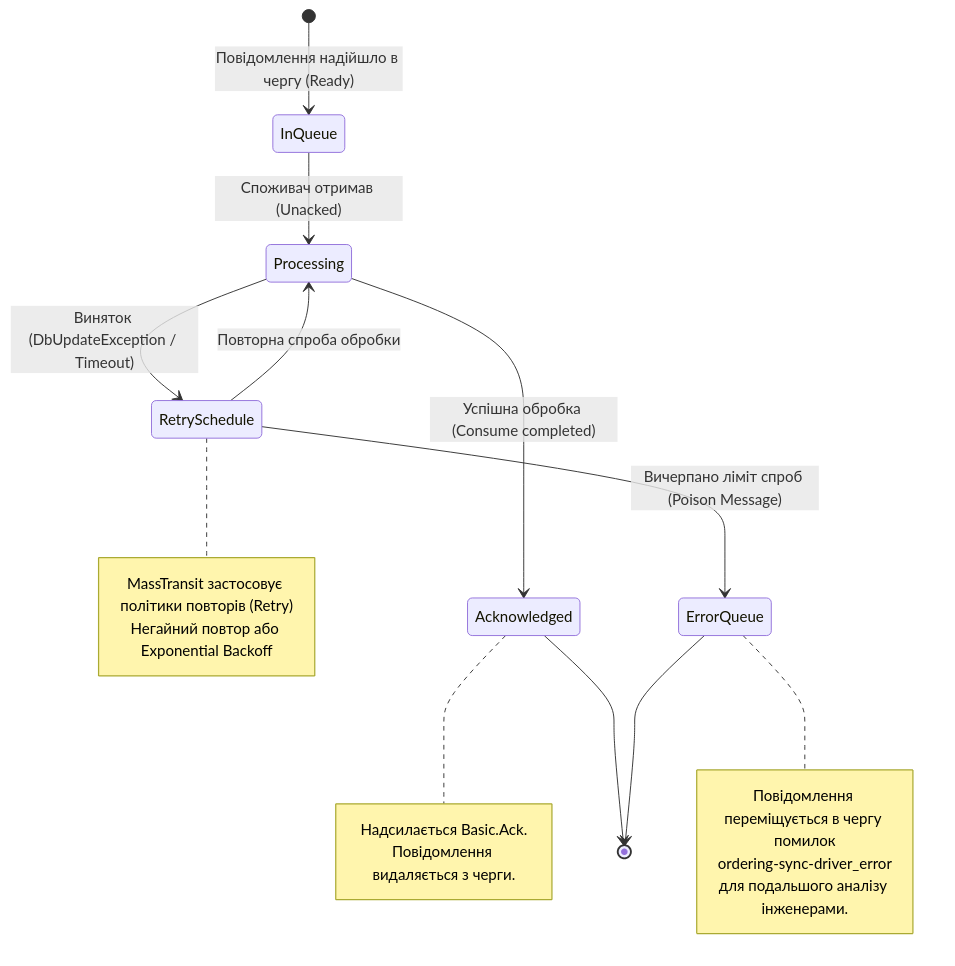
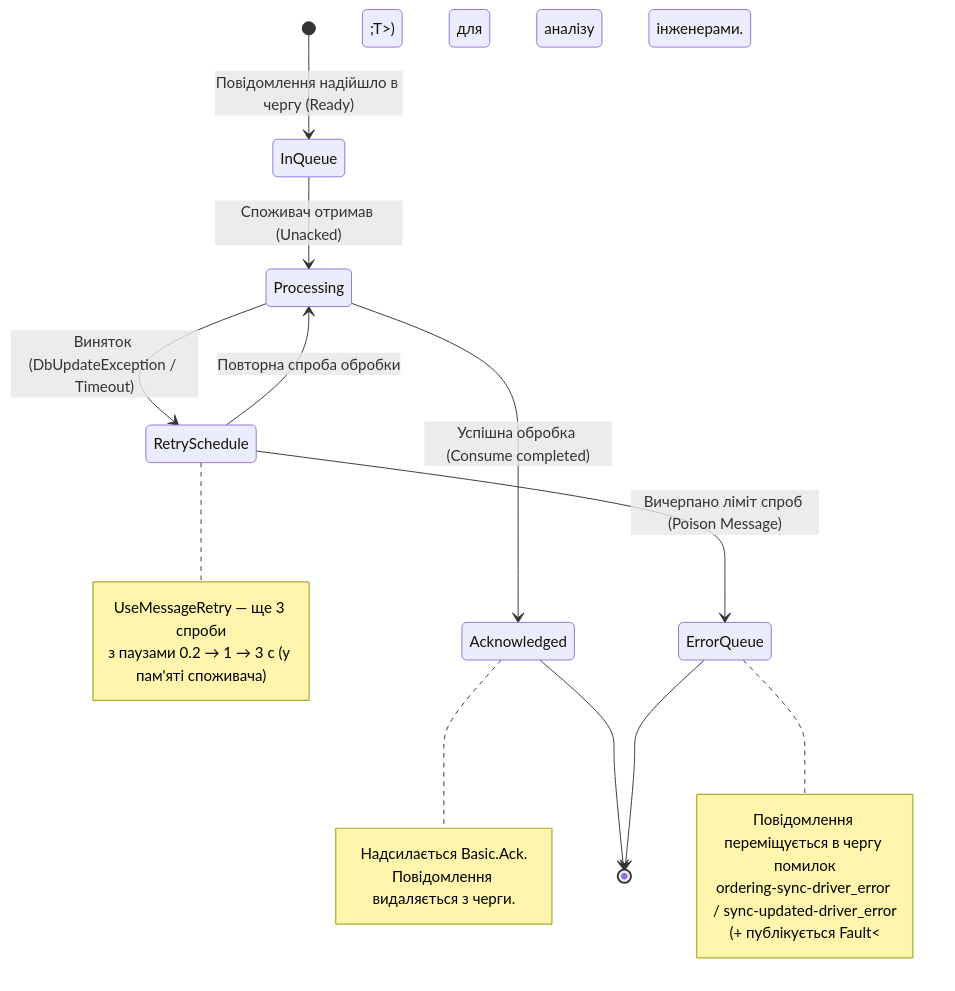
Before and after one commit to MrTomkaYurii/Demo-CargoDeliveryService: the fourth of 5 diagrams in 02-Microservices-Craftsman/02-02-Communication-Documentation/04_Patterns_Asynchronous_Messaging_MassTransit_RabbitMQ.md, drawn with Mermaid. The commit also changed other lines of this file and 227 other files, not shown here.

````diff
--- a/02-Microservices-Craftsman/02-02-Communication-Documentation/04_Patterns_Asynchronous_Messaging_MassTransit_RabbitMQ.md
+++ b/02-Microservices-Craftsman/02-02-Communication-Documentation/04_Patterns_Asynchronous_Messaging_MassTransit_RabbitMQ.md
@@ -187,19 +210,19 @@
 ```mermaid
 stateDiagram-v2
     [*] --> InQueue: Повідомлення надійшло в чергу (Ready)
 
     InQueue --> Processing: Споживач отримав (Unacked)
     
     Processing --> Acknowledged: Успішна обробка (Consume completed)
     note right of Acknowledged: Надсилається Basic.Ack.<br/>Повідомлення видаляється з черги.
 
     Processing --> RetrySchedule: Виняток (DbUpdateException / Timeout)
-    note right of RetrySchedule: MassTransit застосовує політики повторів (Retry)<br/>Негайний повтор або Exponential Backoff
+    note right of RetrySchedule: UseMessageRetry — ще 3 спроби<br/>з паузами 0.2 → 1 → 3 с (у пам'яті споживача)
 
     RetrySchedule --> Processing: Повторна спроба обробки
     RetrySchedule --> ErrorQueue: Вичерпано ліміт спроб (Poison Message)
-    note right of ErrorQueue: Повідомлення переміщується в чергу помилок<br/>ordering-sync-driver_error<br/>для подальшого аналізу інженерами.
+    note right of ErrorQueue: Повідомлення переміщується в чергу помилок<br/>ordering-sync-driver_error / sync-updated-driver_error<br/>(+ публікується Fault&lt;T&gt;) для аналізу інженерами.
 
     Acknowledged --> [*]
     ErrorQueue --> [*]
 ```
````
